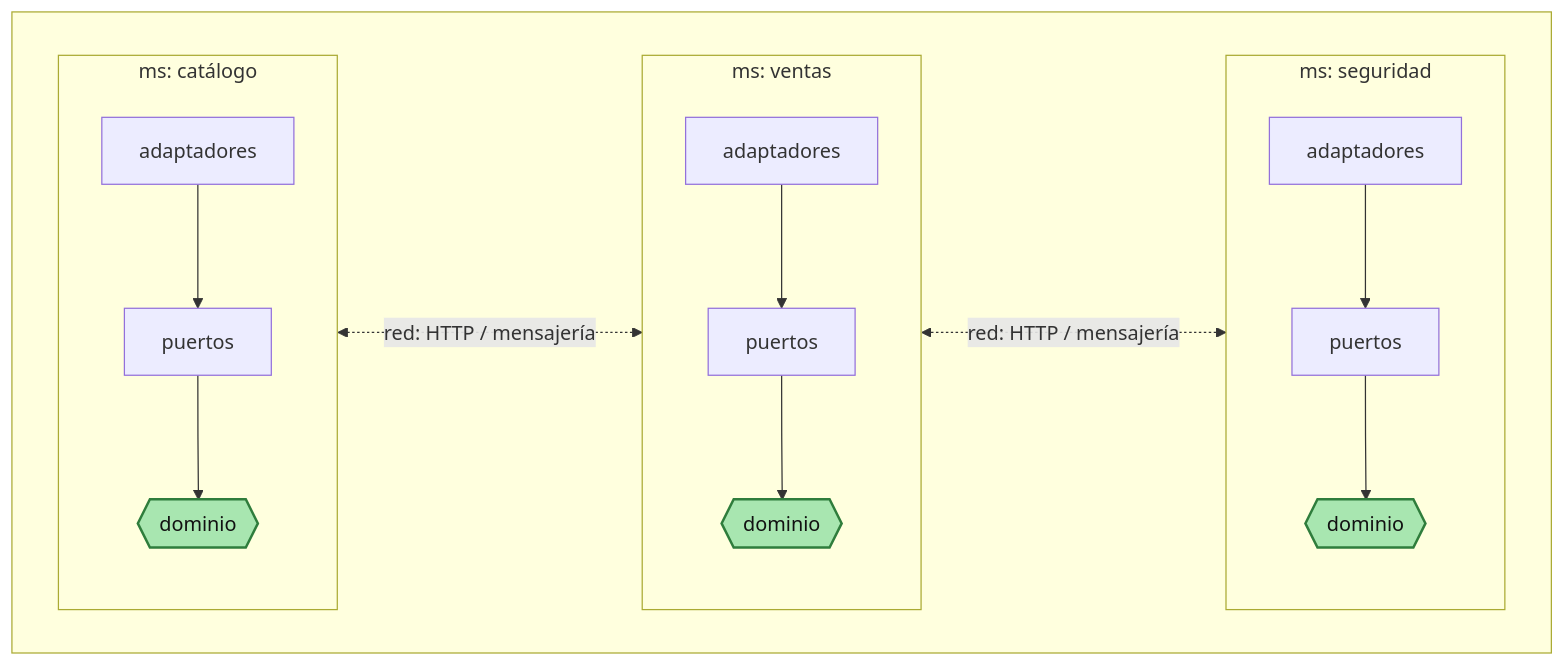
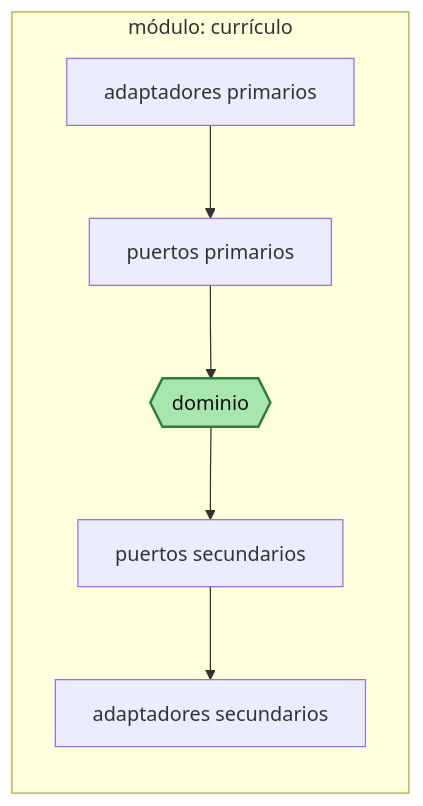
The third of 3 diagrams in docs/proyecto-sello/acad.md (262dist/pagatu), drawn with Mermaid before and after one commit. The commit also changed other lines of this file, not shown here.

````diff
--- a/docs/proyecto-sello/acad.md
+++ b/docs/proyecto-sello/acad.md
@@ -202,26 +223,13 @@
 ```mermaid
 flowchart TB
-    subgraph MS[" "]
-        direction LR
-        subgraph S1["ms: catálogo"]
-            direction TB
-            AA1["adaptadores"] --> PP1["puertos"]
-            PP1 --> DD1{{"dominio"}}
-        end
-        subgraph S2["ms: ventas"]
-            direction TB
-            AA2["adaptadores"] --> PP2["puertos"]
-            PP2 --> DD2{{"dominio"}}
-        end
-        subgraph S3["ms: seguridad"]
-            direction TB
-            AA3["adaptadores"] --> PP3["puertos"]
-            PP3 --> DD3{{"dominio"}}
-        end
-        S1 <-.->|"red: HTTP / mensajería"| S2
-        S2 <-.->|"red: HTTP / mensajería"| S3
+    subgraph MOD["módulo: currículo"]
+        direction TB
+        AP["adaptadores primarios"] --> PP["puertos primarios"]
+        PP --> DOM{{"dominio"}}
+        DOM --> PS["puertos secundarios"]
+        PS --> AS["adaptadores secundarios"]
     end
 
     classDef dominio fill:#a8e6b0,stroke:#2f7d3c,stroke-width:2px,color:#111;
-    class DD1,DD2,DD3 dominio;
+    class DOM dominio;
 ```
````
